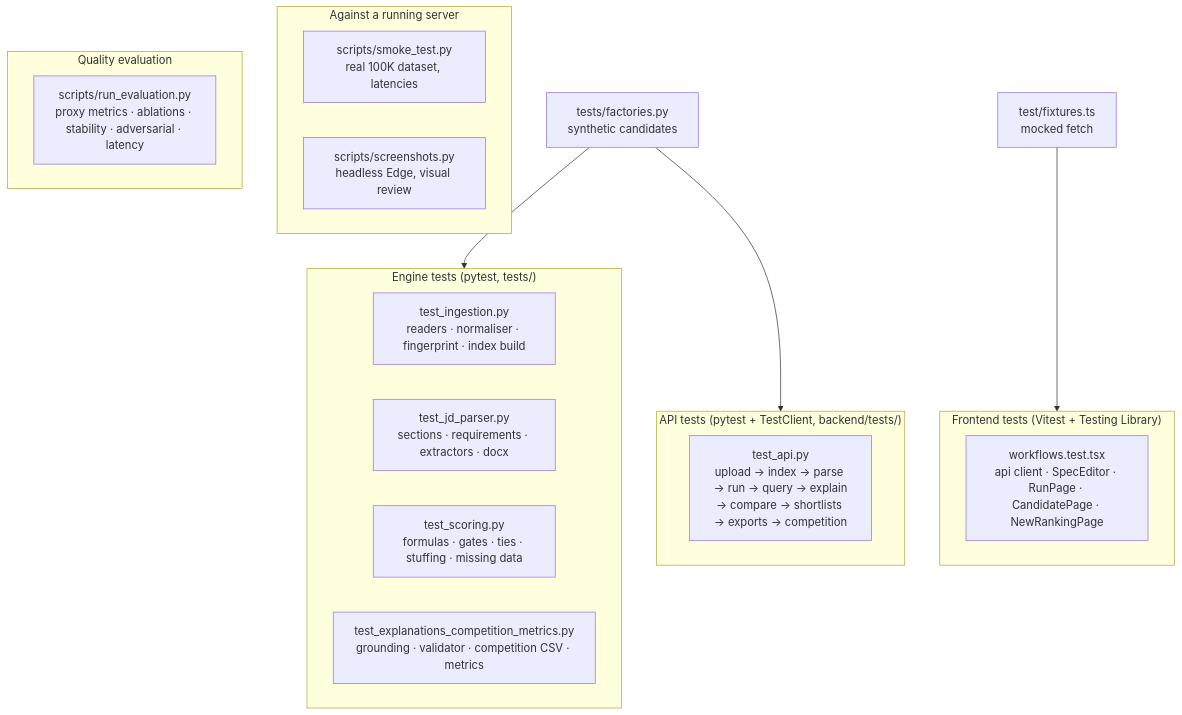
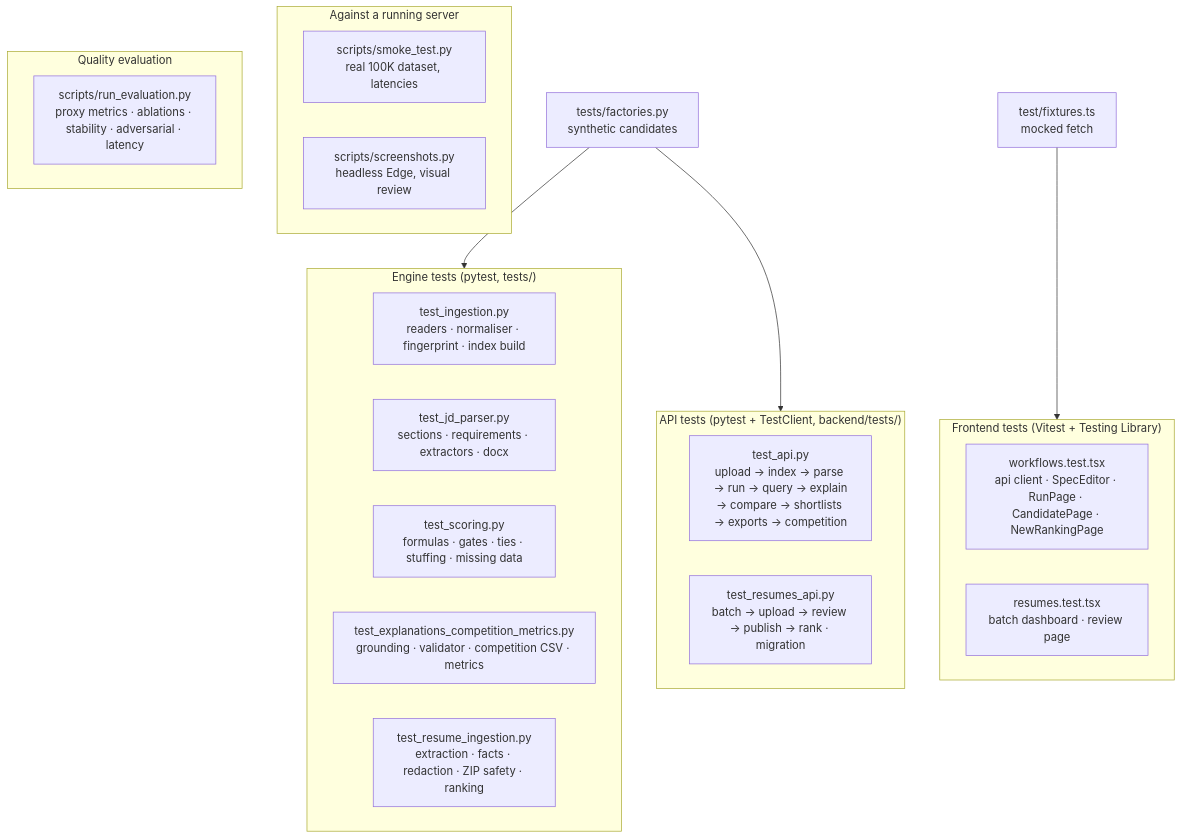
Before and after one commit to Harshdeep47/TalentSignal: the diagram in docs/learning/src/book2/09_testing.md, drawn with Mermaid. The commit also changed other lines of this file and 62 other files, not shown here.

First line of the commit message:
Resume ingestion engine: PDF/DOCX/ZIP intake with provenance, review and publishing

````diff
--- a/docs/learning/src/book2/09_testing.md
+++ b/docs/learning/src/book2/09_testing.md
@@ -7,25 +7,28 @@
 ```mermaid
 flowchart TB
     subgraph Unit["Engine tests (pytest, tests/)"]
         U1["test_ingestion.py<br/>readers · normaliser · fingerprint · index build"]
         U2["test_jd_parser.py<br/>sections · requirements · extractors · docx"]
         U3["test_scoring.py<br/>formulas · gates · ties · stuffing · missing data"]
         U4["test_explanations_competition_metrics.py<br/>grounding · validator · competition CSV · metrics"]
+        U5["test_resume_ingestion.py<br/>extraction · facts · redaction · ZIP safety · ranking"]
     end
     subgraph API["API tests (pytest + TestClient, backend/tests/)"]
         A1["test_api.py<br/>upload → index → parse → run → query → explain<br/>→ compare → shortlists → exports → competition"]
+        A2["test_resumes_api.py<br/>batch → upload → review → publish → rank · migration"]
     end
     subgraph UI["Frontend tests (Vitest + Testing Library)"]
         F1["workflows.test.tsx<br/>api client · SpecEditor · RunPage · CandidatePage · NewRankingPage"]
+        F2["resumes.test.tsx<br/>batch dashboard · review page"]
     end
     subgraph Live["Against a running server"]
         L1["scripts/smoke_test.py<br/>real 100K dataset, latencies"]
         L2["scripts/screenshots.py<br/>headless Edge, visual review"]
     end
     subgraph Eval["Quality evaluation"]
         E1["scripts/run_evaluation.py<br/>proxy metrics · ablations · stability · adversarial · latency"]
     end
     FAC["tests/factories.py<br/>synthetic candidates"] --> Unit
     FAC --> API
     MOCK["test/fixtures.ts<br/>mocked fetch"] --> UI
 ```
````
